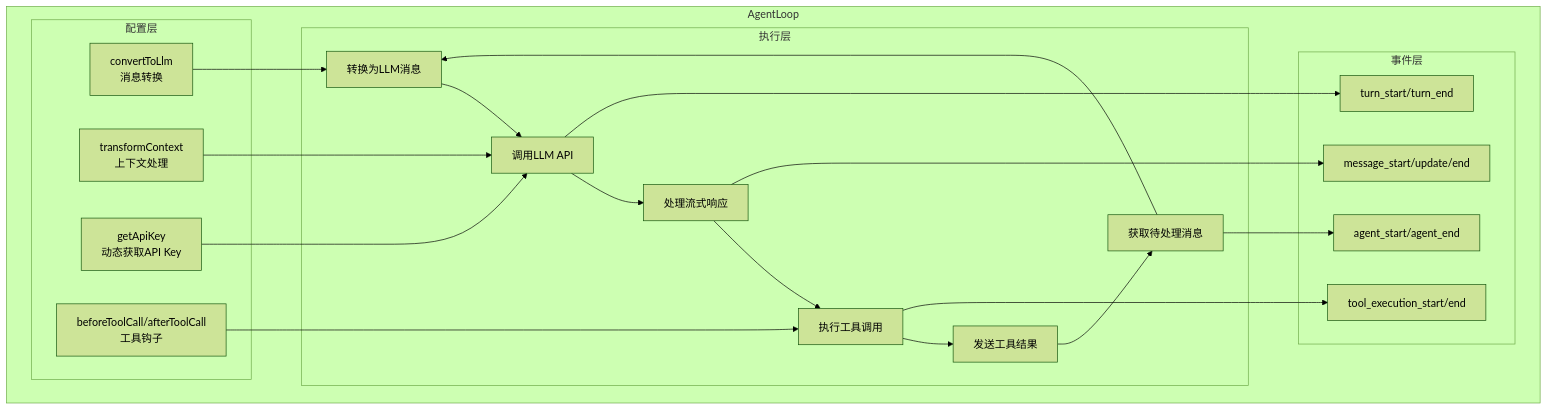
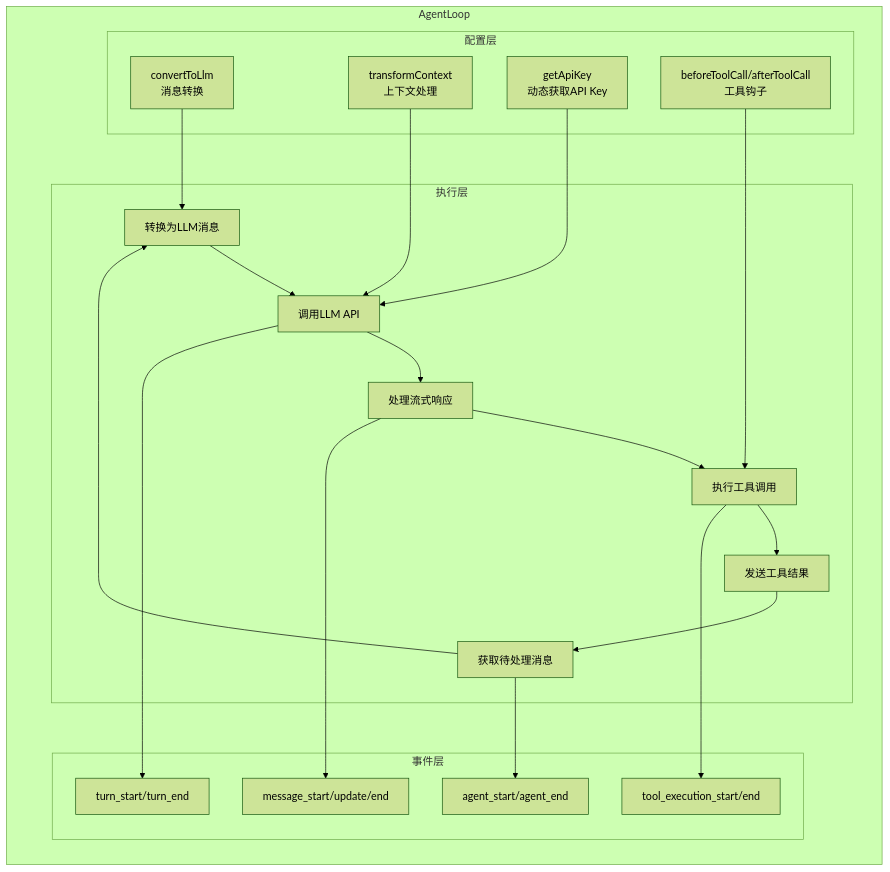
One commit to cloudyan/pi-mono changed the diagram in docs/pi-mono-tutorial/3_pi_agent/02-agent-loop.md. Above: the diagram before and after it, drawn with Mermaid (forest theme). The commit also changed other lines of this file and 3 other files, not shown here.

Commit message:
docs: 优化教程文档格式与Mermaid图表展示

````diff
--- a/docs/pi-mono-tutorial/3_pi_agent/02-agent-loop.md
+++ b/docs/pi-mono-tutorial/3_pi_agent/02-agent-loop.md
@@ -25,44 +25,44 @@
 ```mermaid
-graph TB
+graph LR
     subgraph "AgentLoop"
         subgraph "配置层"
             C1[convertToLlm<br/>消息转换]
             C2[transformContext<br/>上下文处理]
             C3[getApiKey<br/>动态获取API Key]
             C4[beforeToolCall/afterToolCall<br/>工具钩子]
         end
-        
+
         subgraph "执行层"
             E1[获取待处理消息]
             E2[转换为LLM消息]
             E3[调用LLM API]
             E4[处理流式响应]
             E5[执行工具调用]
             E6[发送工具结果]
         end
-        
+
         subgraph "事件层"
             EV1[agent_start/agent_end]
             EV2[turn_start/turn_end]
             EV3[message_start/update/end]
             EV4[tool_execution_start/end]
         end
     end
-    
+
     C1 --> E2
     C2 --> E3
     C3 --> E3
     C4 --> E5
-    
+
     E1 --> E2
     E2 --> E3
     E3 --> E4
     E4 --> E5
     E5 --> E6
     E6 --> E1
-    
+
     E1 --> EV1
     E3 --> EV2
     E4 --> EV3
     E5 --> EV4
 ```
````
